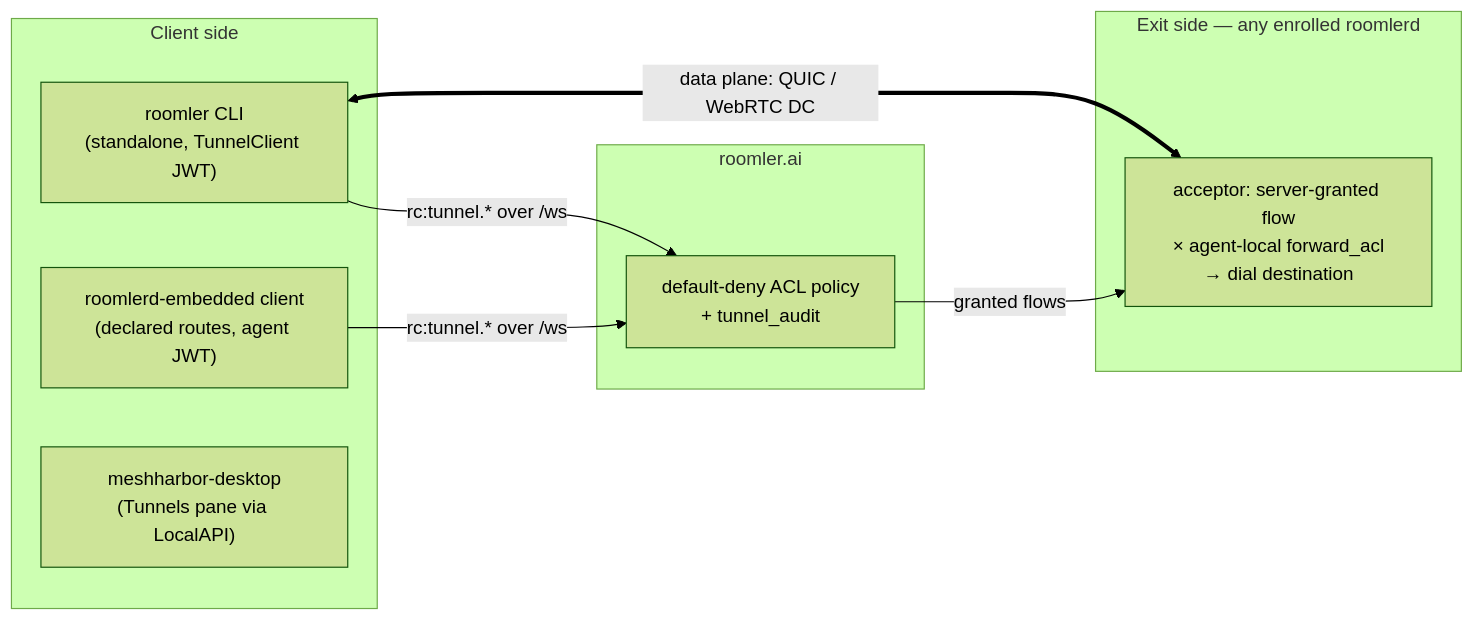
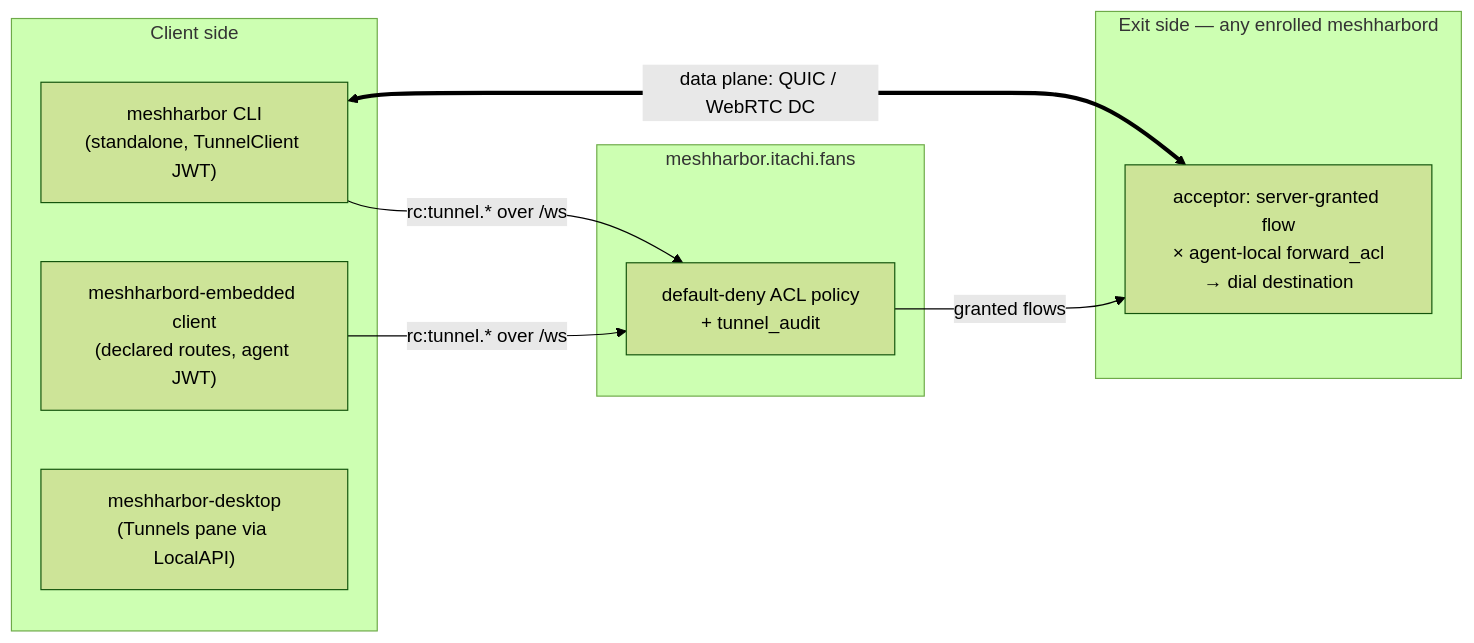
The first of 14 diagrams in docs/tunnels.md (jk-zhang-meta/MeshHarbor), drawn with Mermaid (forest theme) before and after one commit. The commit also changed other lines of this file and 682 other files, not shown here.

````diff
--- a/docs/tunnels.md
+++ b/docs/tunnels.md
@@ -12,19 +12,19 @@
 ```mermaid
 flowchart LR
     subgraph client["Client side"]
-        CLI["roomler CLI<br/>(standalone, TunnelClient JWT)"]
-        DMN["roomlerd-embedded client<br/>(declared routes, agent JWT)"]
+        CLI["meshharbor CLI<br/>(standalone, TunnelClient JWT)"]
+        DMN["meshharbord-embedded client<br/>(declared routes, agent JWT)"]
         DESK["meshharbor-desktop<br/>(Tunnels pane via LocalAPI)"]
     end
 
-    subgraph server["roomler.ai"]
+    subgraph server["meshharbor.itachi.fans"]
         POL["default-deny ACL policy<br/>+ tunnel_audit"]
     end
 
-    subgraph exit["Exit side — any enrolled roomlerd"]
+    subgraph exit["Exit side — any enrolled meshharbord"]
         ACC["acceptor: server-granted flow<br/>× agent-local forward_acl<br/>→ dial destination"]
     end
 
     CLI & DMN -->|"rc:tunnel.* over /ws"| POL -->|granted flows| ACC
     CLI <==>|"data plane: QUIC / WebRTC DC"| ACC
 ```
````
